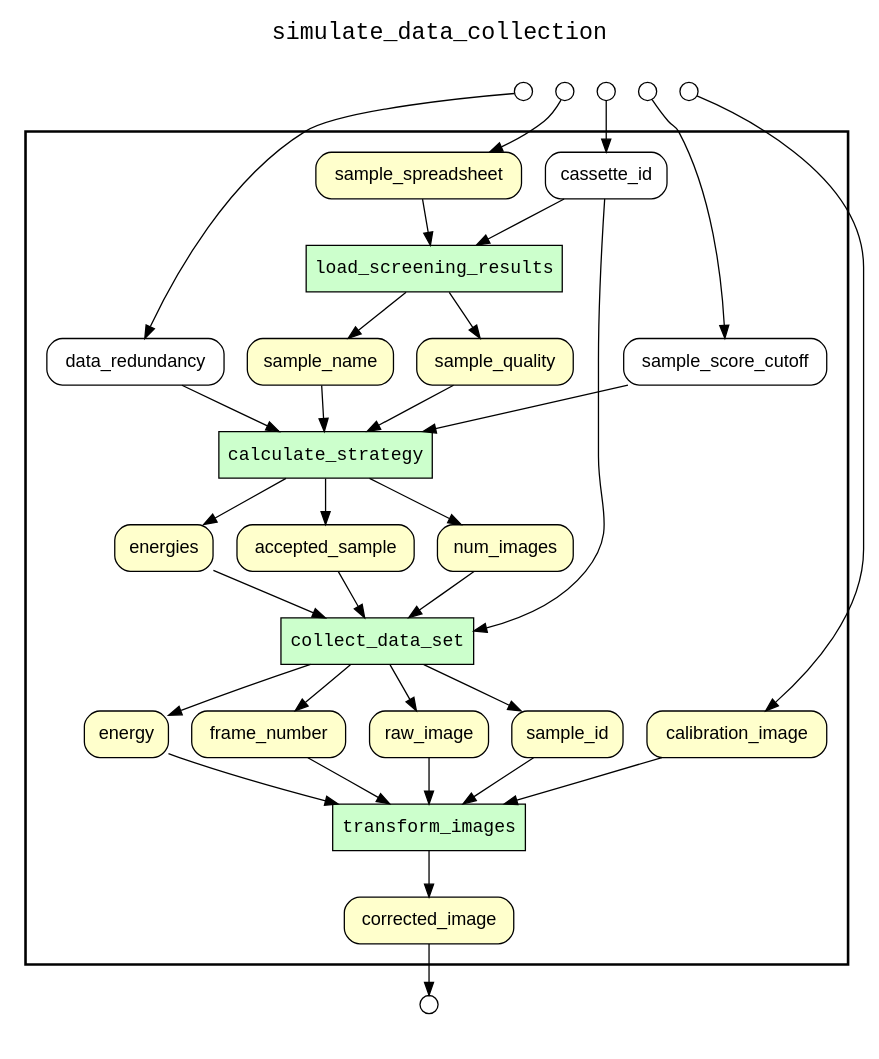
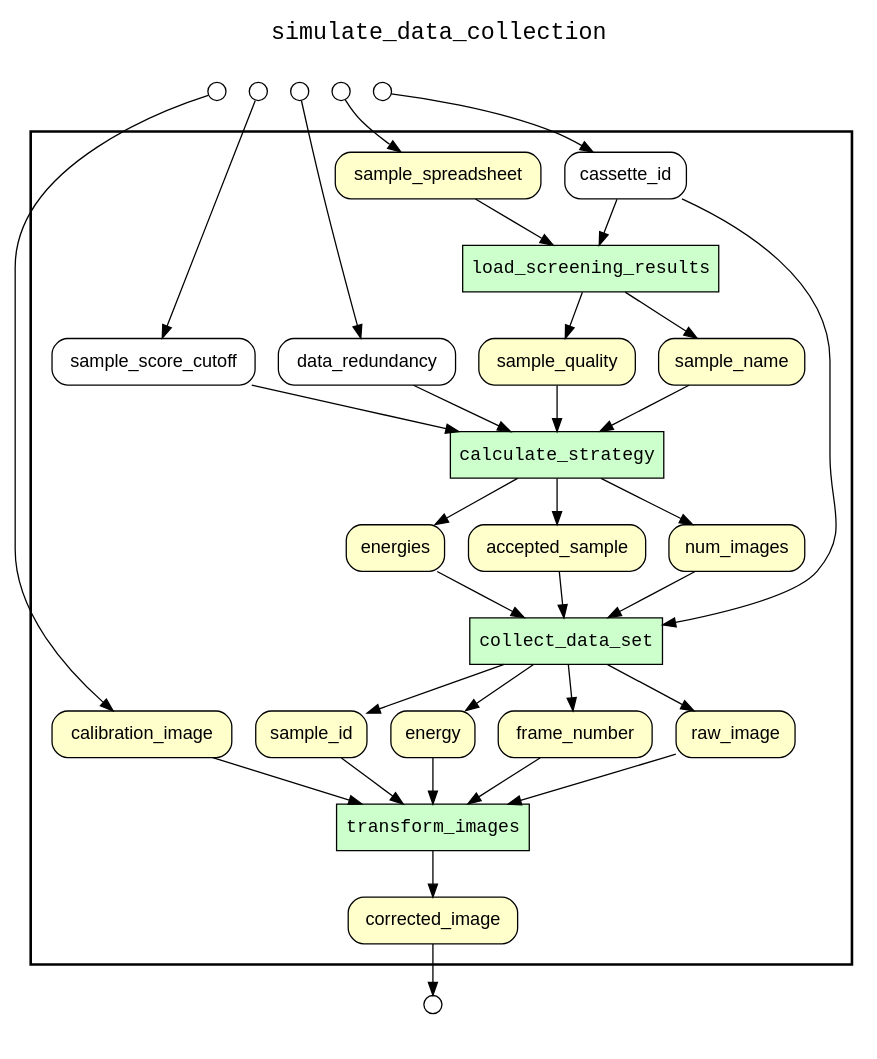
The diagram in examples/simulate_data_collection/yw_prospective_lineage.gv (yesworkflow-org/yw-noworkflow), drawn with Graphviz before and after one commit. The commit also changed other lines of this file and 49 other files, not shown here.

```diff
--- a/examples/simulate_data_collection/yw_prospective_lineage.gv
+++ b/examples/simulate_data_collection/yw_prospective_lineage.gv
@@ -1,77 +1,77 @@
 
 digraph yw_data_view {
 rankdir=TB
 fontname=Courier; fontsize=18; labelloc=t
 label="simulate_data_collection"
 subgraph cluster_workflow { label=""; color=black; penwidth=2
 subgraph cluster_workflow_inner { label=""; color=white
 node[shape=box style="filled" fillcolor="#CCFFCC" peripheries=1 fontname=Courier]
+collect_data_set
+calculate_strategy
 load_screening_results
-calculate_strategy
-collect_data_set
 transform_images
 node[shape=box style="filled" fillcolor="#CCFFCC" peripheries=1 fontname=Courier]
 node[shape=box style="rounded,filled" fillcolor="#FFFFCC" peripheries=1 fontname=Helvetica]
 sample_spreadsheet
 sample_name
 sample_quality
 accepted_sample
 num_images
 energies
 sample_id
 energy
 frame_number
 raw_image
 calibration_image
 corrected_image
 node[shape=box style="rounded,filled" fillcolor="#FFFFFF" peripheries=1 fontname=Helvetica]
+sample_score_cutoff
 data_redundancy
-sample_score_cutoff
 cassette_id
 }}
 subgraph cluster_inflows { label=""; color=white; penwidth=2
 subgraph cluster_inflows_inner { label=""; color=white
 node[shape=circle fillcolor="#FFFFFF" peripheries=1 width=0.2]
+sample_spreadsheet_inflow [label=""]
+calibration_image_inflow [label=""]
+sample_score_cutoff_inflow [label=""]
 data_redundancy_inflow [label=""]
-sample_score_cutoff_inflow [label=""]
 cassette_id_inflow [label=""]
-calibration_image_inflow [label=""]
-sample_spreadsheet_inflow [label=""]
 }}
 subgraph cluster_outflows { label=""; color=white; penwidth=2
 subgraph cluster_outflows_inner { label=""; color=white
 node[shape=circle fillcolor="#FFFFFF" peripheries=1 width=0.2]
 corrected_image_outflow [label=""]
 }}
+raw_image -> transform_images
+data_redundancy -> calculate_strategy
+num_images -> collect_data_set
+sample_spreadsheet -> load_screening_results
+energies -> collect_data_set
+sample_name -> calculate_strategy
+calibration_image -> transform_images
+sample_id -> transform_images
+sample_quality -> calculate_strategy
+energy -> transform_images
+cassette_id -> collect_data_set
 cassette_id -> load_screening_results
-cassette_id -> collect_data_set
-sample_spreadsheet -> load_screening_results
-sample_name -> calculate_strategy
-sample_quality -> calculate_strategy
+accepted_sample -> collect_data_set
+frame_number -> transform_images
 sample_score_cutoff -> calculate_strategy
-data_redundancy -> calculate_strategy
-accepted_sample -> collect_data_set
-num_images -> collect_data_set
-energies -> collect_data_set
-sample_id -> transform_images
-energy -> transform_images
-frame_number -> transform_images
-raw_image -> transform_images
-calibration_image -> transform_images
 load_screening_results -> sample_name
 load_screening_results -> sample_quality
 calculate_strategy -> accepted_sample
 calculate_strategy -> num_images
 calculate_strategy -> energies
 collect_data_set -> sample_id
 collect_data_set -> energy
 collect_data_set -> frame_number
 collect_data_set -> raw_image
 transform_images -> corrected_image
+sample_spreadsheet_inflow -> sample_spreadsheet
+calibration_image_inflow -> calibration_image
+sample_score_cutoff_inflow -> sample_score_cutoff
 data_redundancy_inflow -> data_redundancy
-sample_score_cutoff_inflow -> sample_score_cutoff
 cassette_id_inflow -> cassette_id
-calibration_image_inflow -> calibration_image
-sample_spreadsheet_inflow -> sample_spreadsheet
 corrected_image -> corrected_image_outflow
 }
```
